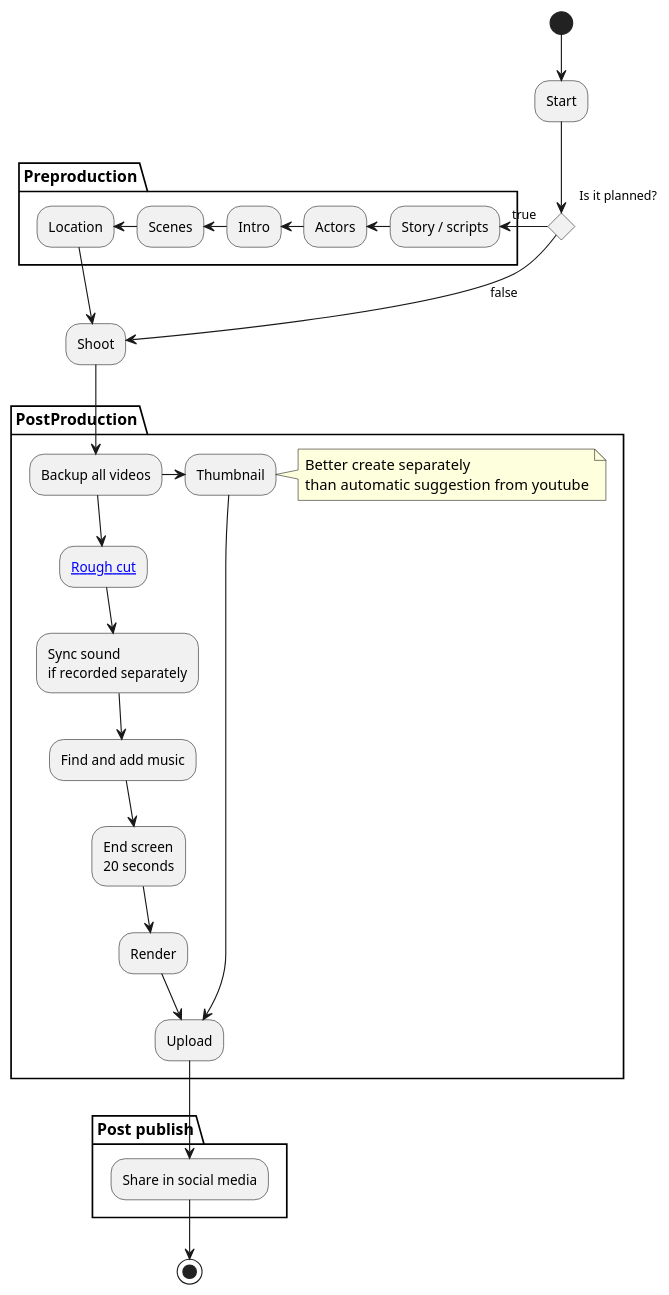
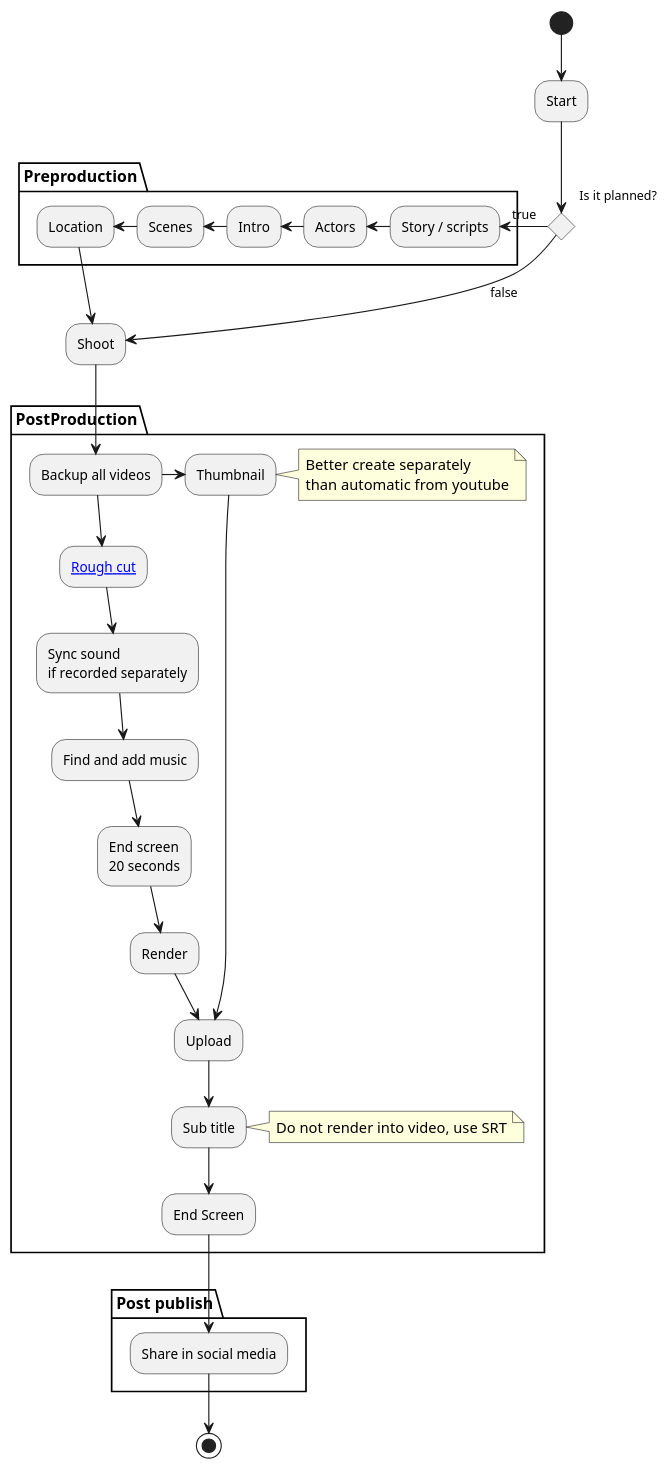
One commit to mind-maps/technology changed the diagram in media/video/beginer-youtube-workflow.puml. Above: the diagram before and after it, drawn with PlantUML. The commit also changed 1 other file, not shown here.

Commit message:
Updates to youtube workflow

```diff
--- a/media/video/beginer-youtube-workflow.puml
+++ b/media/video/beginer-youtube-workflow.puml
@@ -1,31 +1,35 @@
 @startuml
 (*) -->"Start"
 if "Is it planned?" then
 partition "Preproduction" {
     --left> [true] "Story / scripts"
     --left> "Actors"
     --left> "Intro"
     --left> "Scenes"
     -left-> "Location"
 }
 --> "Shoot"
 else
 -->[false] "Shoot"
 endif
 partition PostProduction {
     --> "Backup all videos" as B
     --> "[[https://en.wikipedia.org/wiki/Rough_cut Rough cut]]" as RC
     --> "Sync sound\nif recorded separately"
     --> "Find and add music"
     --> "End screen\n20 seconds"
     --> "Render" as R
     R --> "Upload" as U
+    
     B -right-> "Thumbnail"
-    note right: Better create separately \nthan automatic suggestion from youtube
+    note right: Better create separately \nthan automatic from youtube
     --> U
+    --> "Sub title"
+    note right:Do not render into video, use SRT
+    --> "End Screen"
 }
 partition "Post publish"{
     --> "Share in social media"
 }
 -->(*)
 @enduml
```
